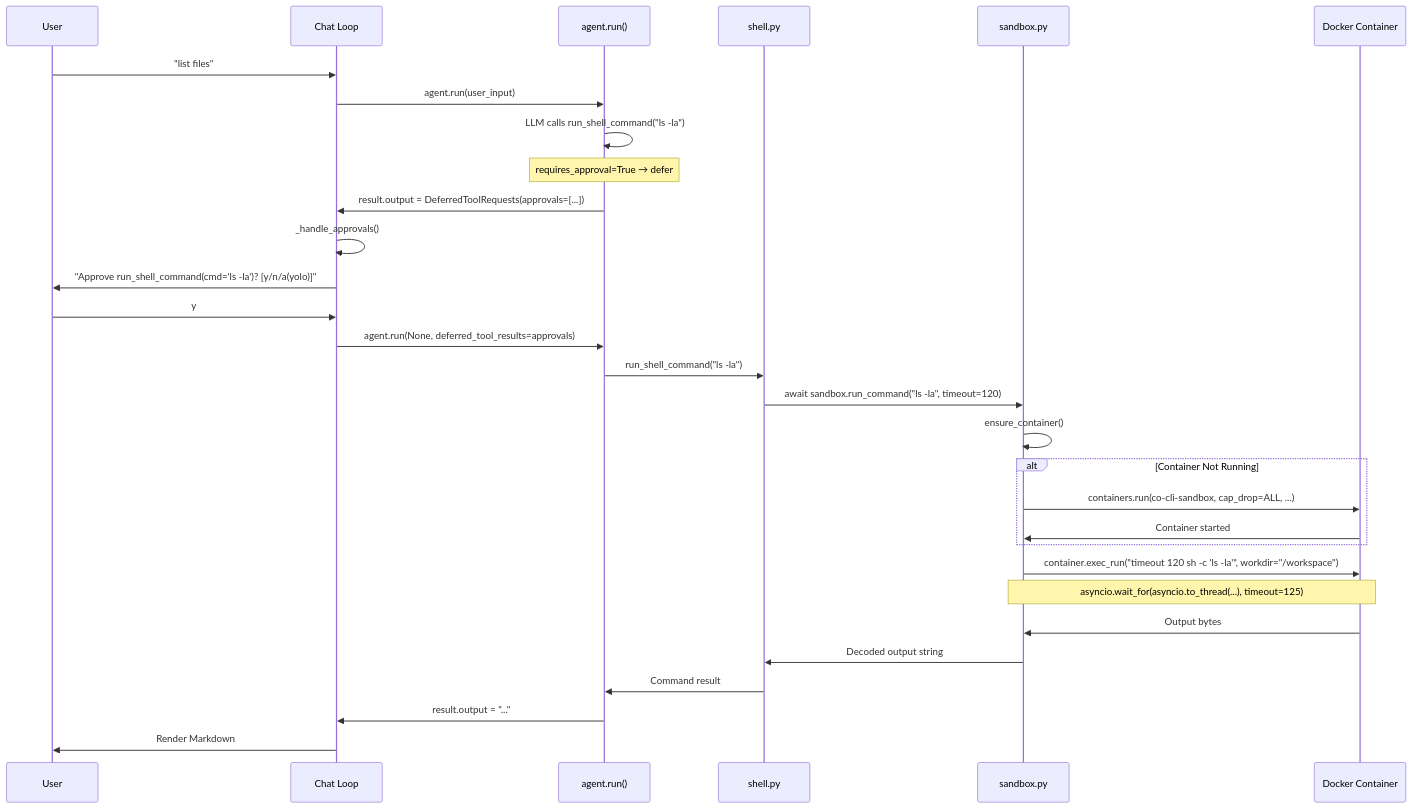
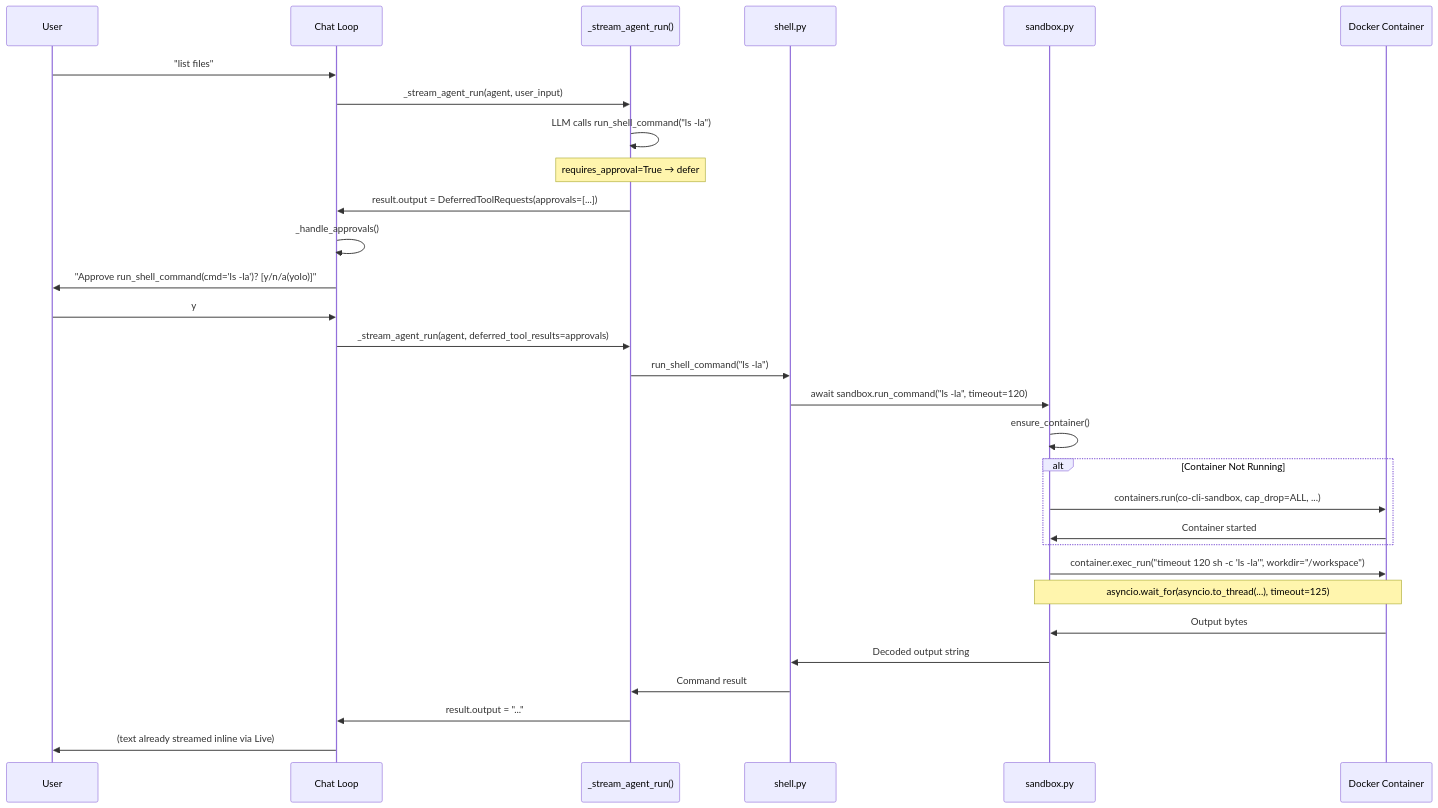
One commit to binlecode/co-cli changed the third of 10 diagrams in docs/DESIGN-co-cli.md. Above: the diagram before and after it, drawn with Mermaid. The commit also changed other lines of this file and 8 other files, not shown here.

````diff
--- a/docs/DESIGN-co-cli.md
+++ b/docs/DESIGN-co-cli.md
@@ -148,37 +146,37 @@
 ```mermaid
 sequenceDiagram
     participant User
     participant CLI as Chat Loop
-    participant Agent as agent.run()
+    participant Agent as _stream_agent_run()
     participant Tool as shell.py
     participant Sandbox as sandbox.py
     participant Docker as Docker Container
 
     User->>CLI: "list files"
-    CLI->>Agent: agent.run(user_input)
+    CLI->>Agent: _stream_agent_run(agent, user_input)
     Agent->>Agent: LLM calls run_shell_command("ls -la")
     Note over Agent: requires_approval=True → defer
     Agent->>CLI: result.output = DeferredToolRequests(approvals=[...])
 
     CLI->>CLI: _handle_approvals()
     CLI->>User: "Approve run_shell_command(cmd='ls -la')? [y/n/a(yolo)]"
     User->>CLI: y
 
-    CLI->>Agent: agent.run(None, deferred_tool_results=approvals)
+    CLI->>Agent: _stream_agent_run(agent, deferred_tool_results=approvals)
     Agent->>Tool: run_shell_command("ls -la")
     Tool->>Sandbox: await sandbox.run_command("ls -la", timeout=120)
     Sandbox->>Sandbox: ensure_container()
 
     alt Container Not Running
         Sandbox->>Docker: containers.run(co-cli-sandbox, cap_drop=ALL, ...)
         Docker->>Sandbox: Container started
     end
 
     Sandbox->>Docker: container.exec_run("timeout 120 sh -c 'ls -la'", workdir="/workspace")
     Note over Sandbox,Docker: asyncio.wait_for(asyncio.to_thread(...), timeout=125)
     Docker->>Sandbox: Output bytes
     Sandbox->>Tool: Decoded output string
     Tool->>Agent: Command result
     Agent->>CLI: result.output = "..."
-    CLI->>User: Render Markdown
+    CLI->>User: (text already streamed inline via Live)
 ```
````
